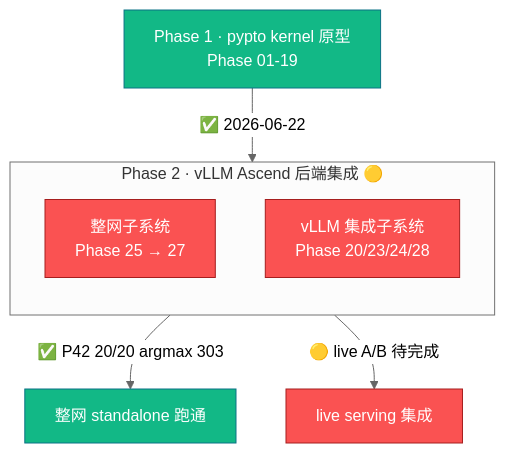
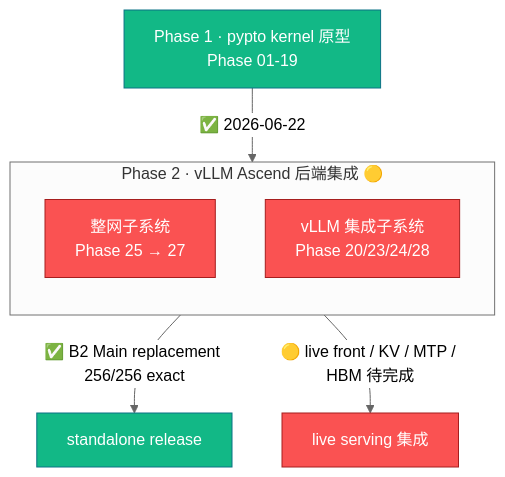
One commit to csy0225/pypto-project changed the first of 2 diagrams in planning/roadmap.md. Above: the diagram before and after it, drawn with Mermaid (neutral theme). The commit also changed other lines of this file and 19 other files, not shown here.

````diff
--- a/planning/roadmap.md
+++ b/planning/roadmap.md
@@ -10,14 +10,14 @@
 ```mermaid
 graph TD
     P1["Phase 1 · pypto kernel 原型<br/>Phase 01-19"] -->|✅ 2026-06-22| P2
     subgraph P2["Phase 2 · vLLM Ascend 后端集成 🟡"]
         direction TB
         WN["整网子系统<br/>Phase 25 → 27"]
         VL["vLLM 集成子系统<br/>Phase 20/23/24/28"]
     end
-    WN -->|"✅ P42 20/20 argmax 303"| DONE1["整网 standalone 跑通"]
-    VL -->|"🟡 live A/B 待完成"| DONE2["live serving 集成"]
+    WN -->|"✅ B2 Main replacement 256/256 exact"| DONE1["standalone release"]
+    VL -->|"🟡 live front / KV / MTP / HBM 待完成"| DONE2["live serving 集成"]
     classDef d fill:#12B886,stroke:#0B7285,color:#fff;
     classDef w fill:#FA5252,stroke:#A61E1E,color:#fff;
     class P1,DONE1 d; class WN,VL,DONE2 w;
 ```
````
